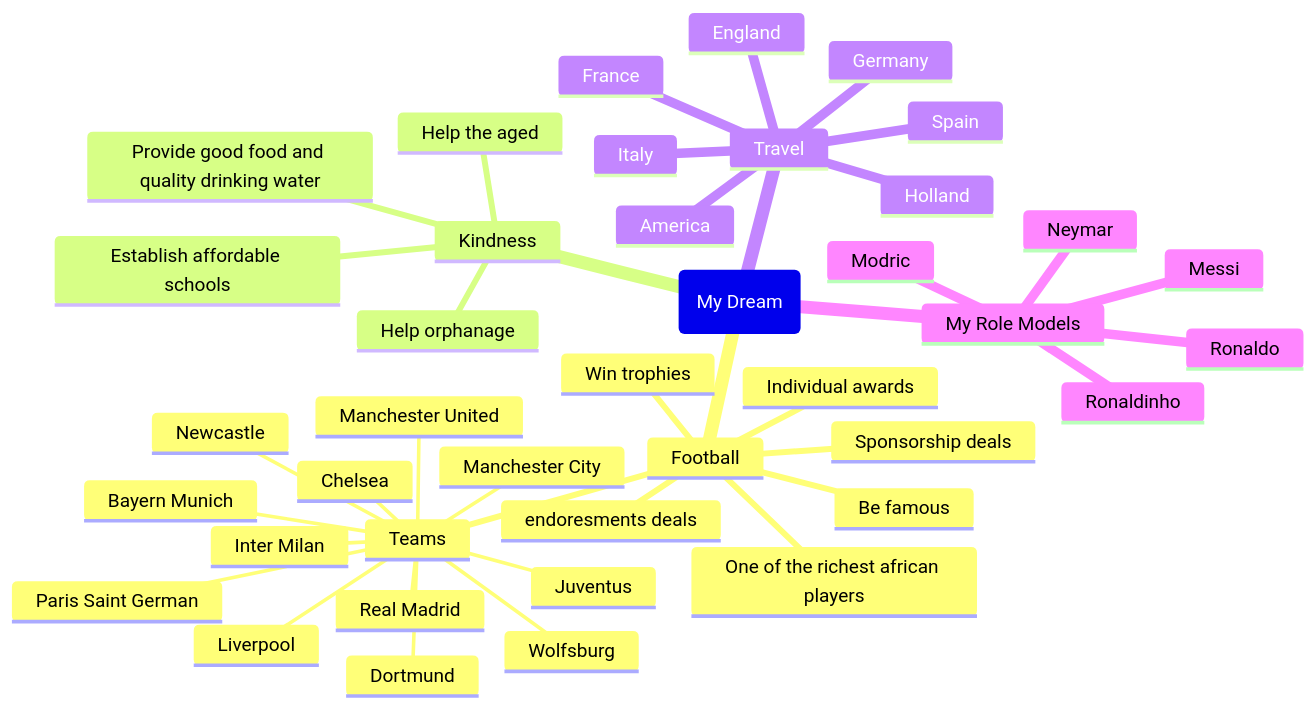
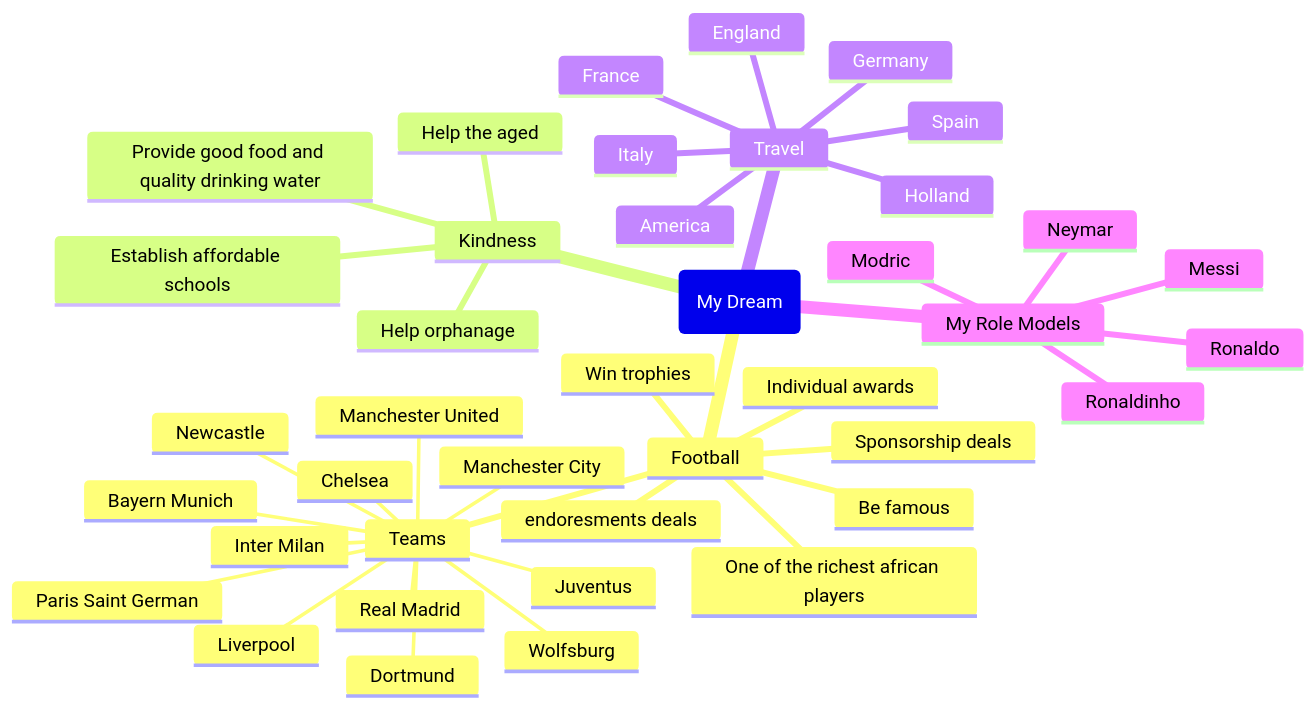
The first of 2 diagrams in README.md (EMMANUELKUS/My-Dream), drawn with Mermaid before and after one commit.

Commit message:
Added new corrections
I did a lot of mistakes in my repository and my uncle taught me and helped me correct them

````diff
--- a/README.md
+++ b/README.md
@@ -6,43 +6,43 @@
 ```mermaid
 mindmap
 root(My Dream)
   Football
     Teams
       Manchester City
       Manchester United
       Real Madrid
       Liverpool
       Newcastle
       Chelsea
       Juventus
       Inter Milan
       Bayern Munich
       Dortmund
       Wolfsburg
       Paris Saint German
     Win trophies
     Be famous
     Sponsorship deals
     One of the richest african players
     Individual awards
     endoresments deals
   Kindness
     Help orphanage
     Help the aged
     Establish affordable schools
     Provide good food and quality drinking water
- Travel
-   Holland
-   Italy
-   Spain
-   Germany
-   England
-   France
-   America
- My Role Models
-   Neymar
-   Ronaldo
-   Messi
-   Modric
-   Ronaldinho
+  Travel
+    Holland
+    Italy
+    Spain
+    Germany
+    England
+    France
+    America
+  My Role Models
+    Neymar
+    Ronaldo
+    Messi
+    Modric
+    Ronaldinho
 ```
````
